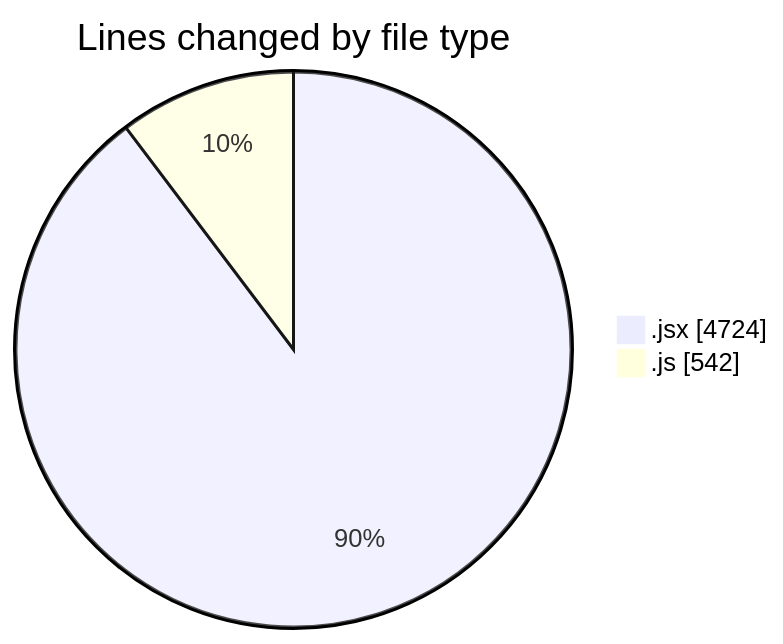
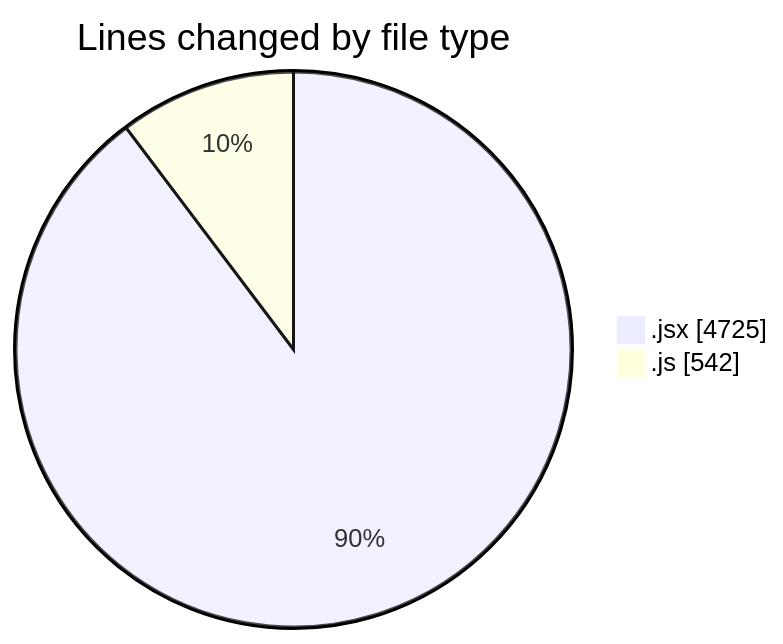
Before and after one commit to nxtqubesakshisongat/code-tracking: the first of 2 diagrams in 2026-01-07/nxtqube_webapp/README.md, drawn with Mermaid. The commit also changed other lines of this file and 1 other file, not shown here.

````diff
--- a/2026-01-07/nxtqube_webapp/README.md
+++ b/2026-01-07/nxtqube_webapp/README.md
@@ -26,6 +26,6 @@
 ```mermaid
 pie showData
 title Lines changed by file type
-".jsx" : 4724
+".jsx" : 4725
 ".js" : 542
 ```
````
